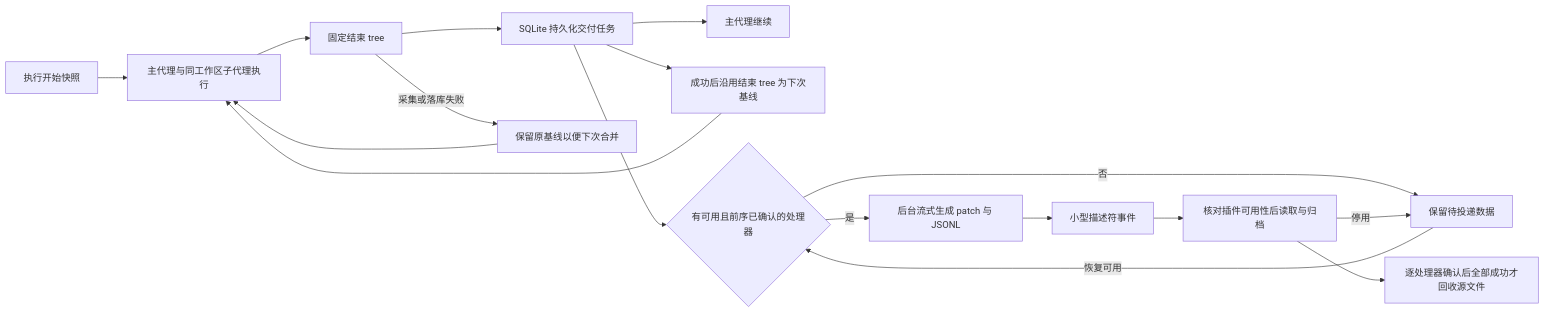
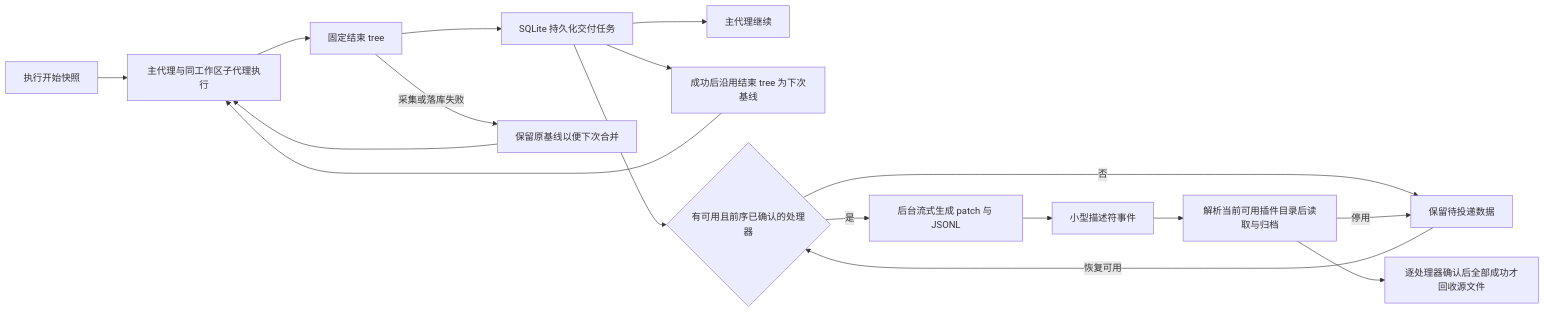
Before and after one commit to wecode-ai/Wegent: the second of 6 diagrams in docs/zh/wegent/developer-guide/architecture.md, drawn with Mermaid. The commit also changed other lines of this file and 4 other files, not shown here.

````diff
--- a/docs/zh/wegent/developer-guide/architecture.md
+++ b/docs/zh/wegent/developer-guide/architecture.md
@@ -414,19 +416,19 @@
 ```mermaid
 flowchart LR
     A[执行开始快照] --> B[主代理与同工作区子代理执行]
     B --> C[固定结束 tree]
     C --> D[SQLite 持久化交付任务]
     D --> E[主代理继续]
     D --> L[成功后沿用结束 tree 为下次基线]
     L --> B
     C -->|采集或落库失败| M[保留原基线以便下次合并]
     M --> B
     D --> J{有可用且前序已确认的处理器}
     J -->|是| F[后台流式生成 patch 与 JSONL]
     J -->|否| K[保留待投递数据]
     K -->|恢复可用| J
     F --> G[小型描述符事件]
-    G --> H[核对插件可用性后读取与归档]
+    G --> H[解析当前可用插件目录后读取与归档]
     H -->|停用| K
     H --> I[逐处理器确认后全部成功才回收源文件]
 ```
````
